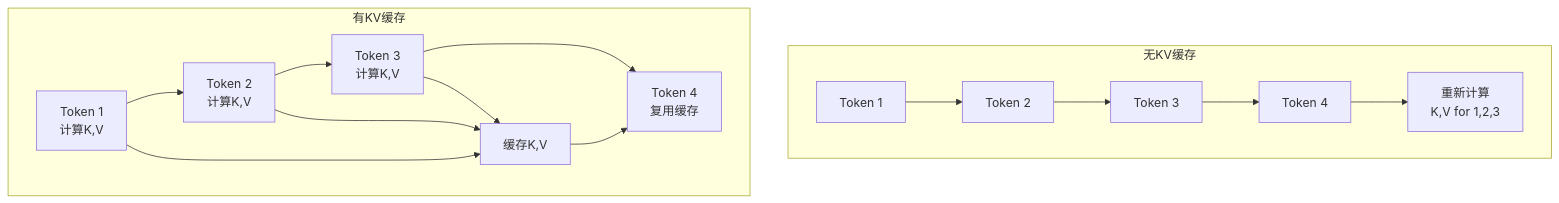
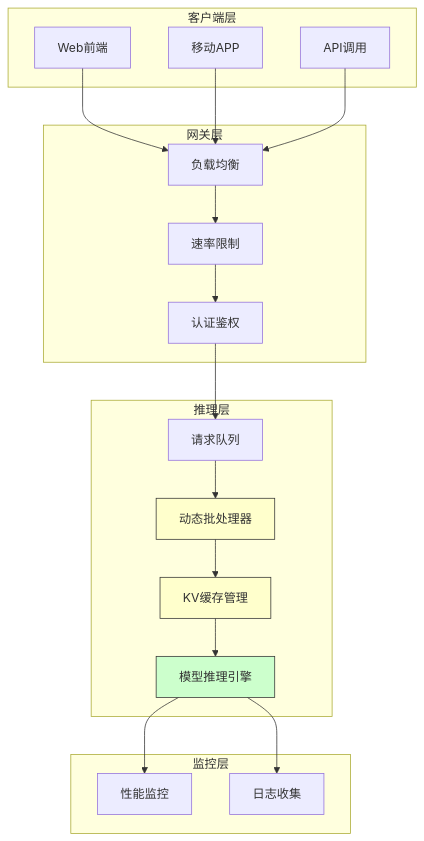
Before and after one commit to Leavesfly/TinyAI: the fourth of 7 diagrams in book/part2-llm/chapter15-optimization/15.5-inference-optimization-kv-cache-batch-inference.md, drawn with Mermaid. The commit also changed other lines of this file and 40 other files, not shown here.

````diff
--- a/book/part2-llm/chapter15-optimization/15.5-inference-optimization-kv-cache-batch-inference.md
+++ b/book/part2-llm/chapter15-optimization/15.5-inference-optimization-kv-cache-batch-inference.md
@@ -25,31 +255,42 @@
 ```mermaid
 graph TB
-    subgraph "无KV缓存"
-        A[Token 1]
-        B[Token 2]
-        C[Token 3]
-        D[Token 4]
-        E[重新计算<br/>K,V for 1,2,3]
+    subgraph 客户端层
+        A[Web前端]
+        B[移动APP]
+        C[API调用]
     end
     
-    subgraph "有KV缓存"
-        F[Token 1<br/>计算K,V]
-        G[Token 2<br/>计算K,V]
-        H[Token 3<br/>计算K,V]
-        I[Token 4<br/>复用缓存]
-        J[缓存K,V]
+    subgraph 网关层
+        D[负载均衡]
+        E[速率限制]
+        F[认证鉴权]
     end
     
-    A --> B
-    B --> C
+    subgraph 推理层
+        G[请求队列]
+        H[动态批处理器]
+        I[KV缓存管理]
+        J[模型推理引擎]
+    end
+    
+    subgraph 监控层
+        K[性能监控]
+        L[日志收集]
+    end
+    
+    A --> D
+    B --> D
     C --> D
     D --> E
-    
+    E --> F
     F --> G
     G --> H
     H --> I
-    F --> J
-    G --> J
-    H --> J
-    J --> I
+    I --> J
+    J --> K
+    J --> L
+    
+    style J fill:#cfc,stroke:#333
+    style H fill:#ffc,stroke:#333
+    style I fill:#ffc,stroke:#333
 ```
````
